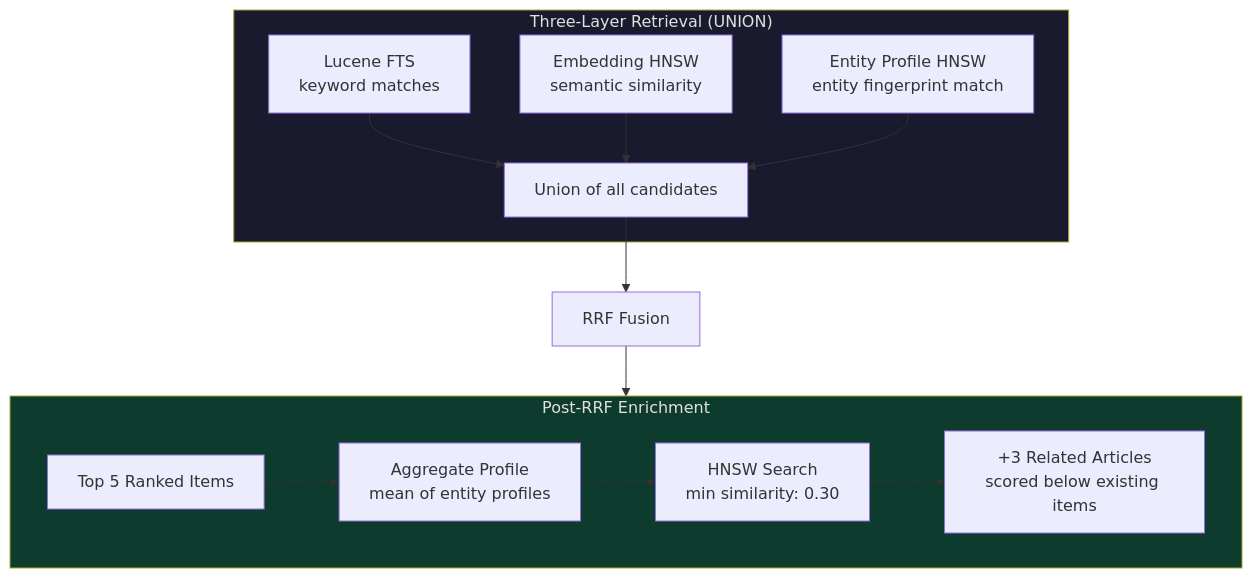
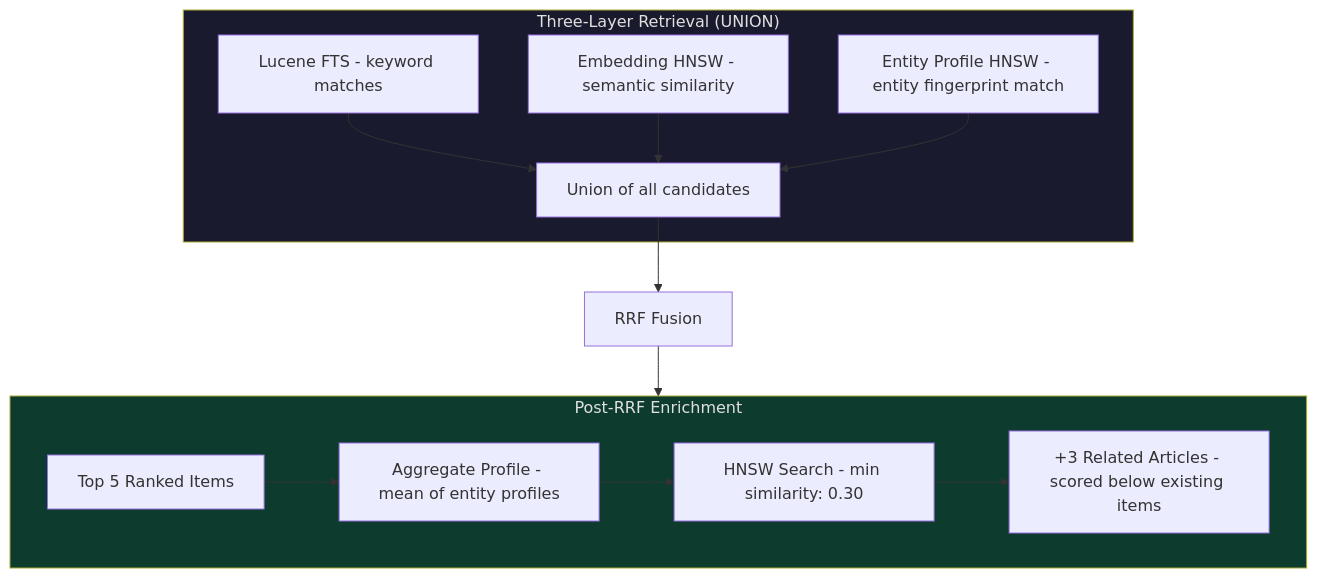
Before and after one commit to Shaddix/mostlylucidweb: the sixth of 10 diagrams in Mostlylucid/Markdown/doomsummarizer-deep-research.md, drawn with Mermaid. The commit also changed other lines of this file and 25 other files, not shown here.

````diff
--- a/Mostlylucid/Markdown/doomsummarizer-deep-research.md
+++ b/Mostlylucid/Markdown/doomsummarizer-deep-research.md
@@ -282,20 +282,20 @@
 ```mermaid
 flowchart TD
     subgraph Retrieval["Three-Layer Retrieval (UNION)"]
-        L1["Lucene FTS\nkeyword matches"]
-        L2["Embedding HNSW\nsemantic similarity"]
-        L3["Entity Profile HNSW\nentity fingerprint match"]
+        L1["Lucene FTS - keyword matches"]
+        L2["Embedding HNSW - semantic similarity"]
+        L3["Entity Profile HNSW - entity fingerprint match"]
         L1 & L2 & L3 --> Union["Union of all candidates"]
     end
 
     subgraph Enrich["Post-RRF Enrichment"]
-        Top["Top 5 Ranked Items"] --> Agg["Aggregate Profile\nmean of entity profiles"]
-        Agg --> Graph["HNSW Search\nmin similarity: 0.30"]
-        Graph --> Related["+3 Related Articles\nscored below existing items"]
+        Top["Top 5 Ranked Items"] --> Agg["Aggregate Profile - mean of entity profiles"]
+        Agg --> Graph["HNSW Search - min similarity: 0.30"]
+        Graph --> Related["+3 Related Articles - scored below existing items"]
     end
 
     Union --> RRF["RRF Fusion"] --> Enrich
 
     style Retrieval fill:#1a1a2e,color:#e0e0e0
     style Enrich fill:#0d3b2e,color:#e0e0e0
 ```
````
